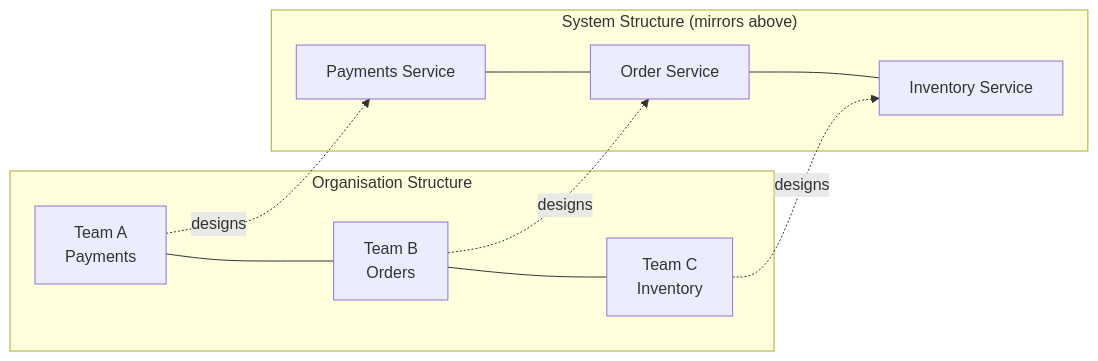
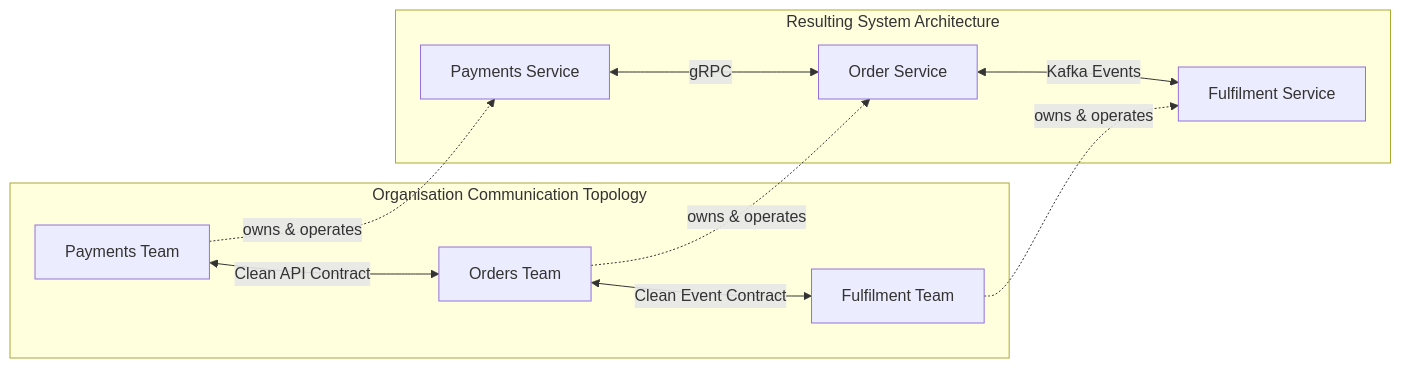
The diagram in docs/04-team-effectiveness.md (nitinkc/PrincipalEngineer_InterviewGuide), drawn with Mermaid before and after one commit. The commit also changed other lines of this file and 27 other files, not shown here.

````diff
--- a/docs/04-team-effectiveness.md
+++ b/docs/04-team-effectiveness.md
@@ -19,15 +28,15 @@
 ```mermaid
 graph LR
-    subgraph "Organisation Structure"
-        T1[Team A\nPayments] --- T2[Team B\nOrders]
-        T2 --- T3[Team C\nInventory]
+    subgraph "Organisation Communication Topology"
+        T1["Payments Team"] <-->|"Clean API Contract"| T2["Orders Team"]
+        T2 <-->|"Clean Event Contract"| T3["Fulfilment Team"]
     end
-    subgraph "System Structure (mirrors above)"
-        S1[Payments Service] --- S2[Order Service]
-        S2 --- S3[Inventory Service]
+    subgraph "Resulting System Architecture"
+        S1["Payments Service"] <-->|"gRPC"| S2["Order Service"]
+        S2 <-->|"Kafka Events"| S3["Fulfilment Service"]
     end
 
-    T1 -.->|designs| S1
-    T2 -.->|designs| S2
-    T3 -.->|designs| S3
+    T1 -.->|"owns & operates"| S1
+    T2 -.->|"owns & operates"| S2
+    T3 -.->|"owns & operates"| S3
 ```
````
